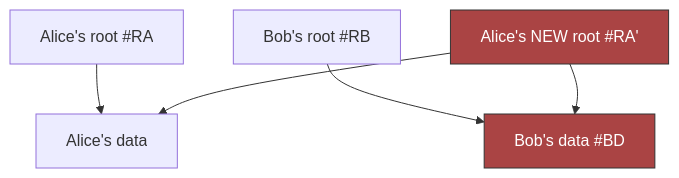
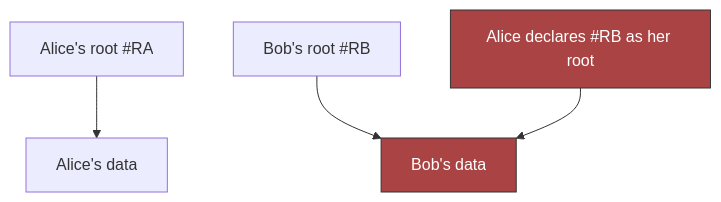
The fourth of 9 diagrams in docs/authorization-design-v2.md (jclaggett/dacite), drawn with Mermaid before and after one commit. The commit also changed other lines of this file, not shown here.

First line of the commit message:
Auth v2: fix hash capture diagram, move GC to appendix

````diff
--- a/docs/authorization-design-v2.md
+++ b/docs/authorization-design-v2.md
@@ -153,9 +153,8 @@
 ```mermaid
 graph TD
     RA["Alice's root #RA"] --> AD["Alice's data"]
-    RB["Bob's root #RB"] --> BD["Bob's data #BD"]
-    RA2["Alice's NEW root #RA'"] --> AD
-    RA2 --> BD
+    RB["Bob's root #RB"] --> BD["Bob's data"]
+    RA2["Alice declares #RB as her root"] --> BD
     style RA2 fill:#a44,stroke:#333,color:#fff
     style BD fill:#a44,stroke:#333,color:#fff
 ```
````
